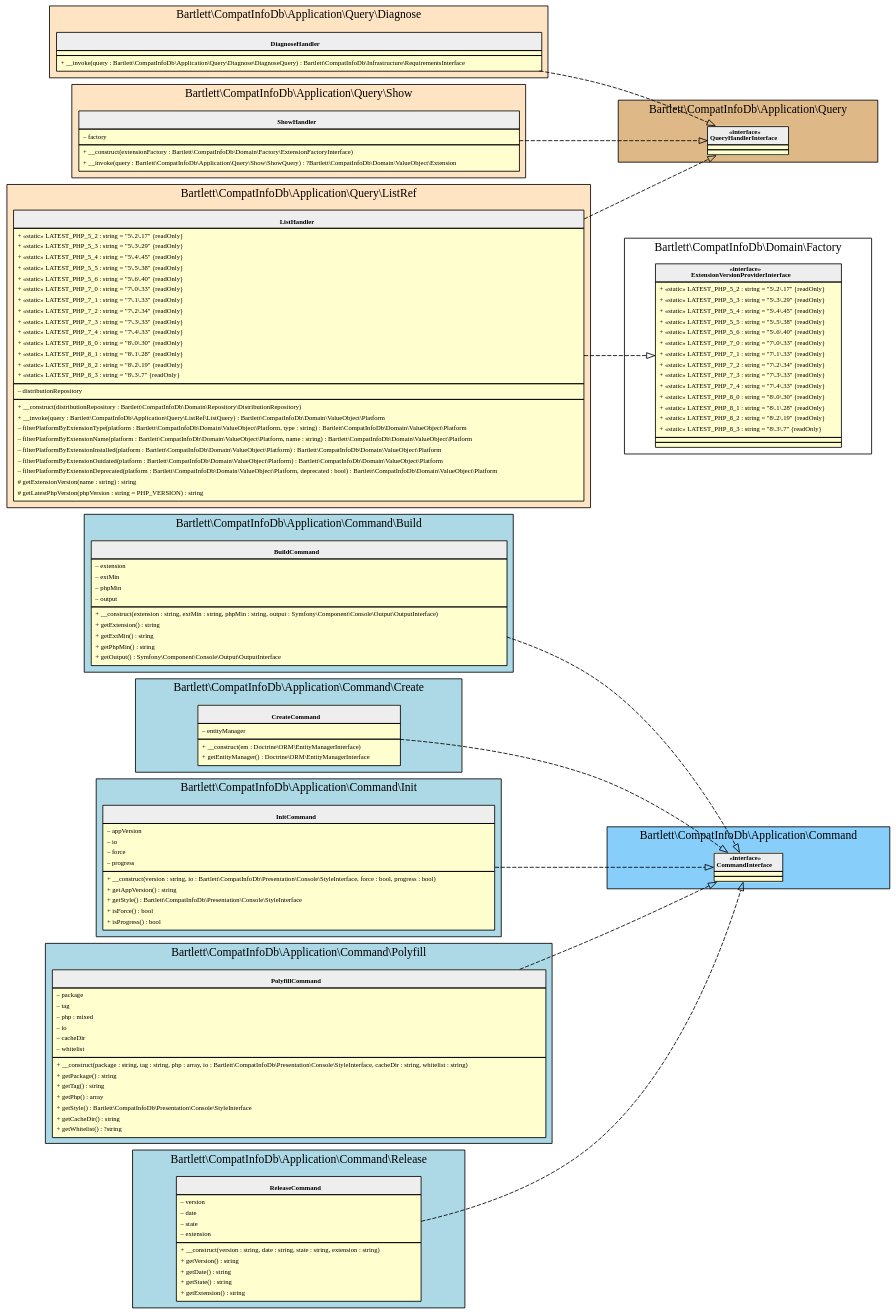
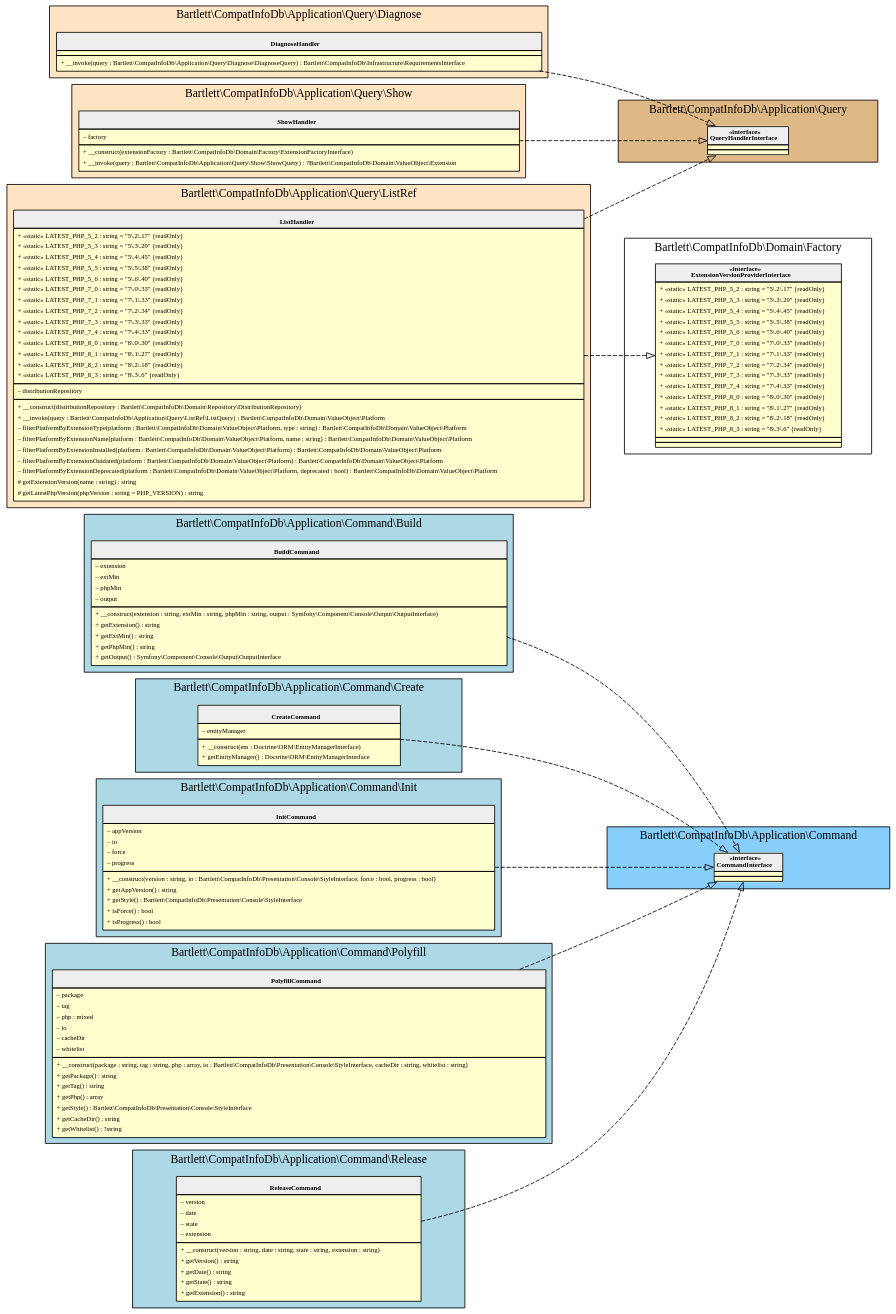
One commit to llaville/php-compatinfo-db changed the diagram in 6.5/assets/images/command-line-runner_application.html.gv. Above: the diagram before and after it, drawn with Graphviz. The commit also changed 4 other files, not shown here.

```diff
--- a/6.5/assets/images/command-line-runner_application.html.gv
+++ b/6.5/assets/images/command-line-runner_application.html.gv
@@ -155,9 +155,9 @@
     <tr><td align="left">+ «static» LATEST_PHP_7_3 : string = "7\.3\.33" {readOnly}</td></tr>
     <tr><td align="left">+ «static» LATEST_PHP_7_4 : string = "7\.4\.33" {readOnly}</td></tr>
     <tr><td align="left">+ «static» LATEST_PHP_8_0 : string = "8\.0\.30" {readOnly}</td></tr>
-    <tr><td align="left">+ «static» LATEST_PHP_8_1 : string = "8\.1\.28" {readOnly}</td></tr>
-    <tr><td align="left">+ «static» LATEST_PHP_8_2 : string = "8\.2\.19" {readOnly}</td></tr>
-    <tr><td align="left">+ «static» LATEST_PHP_8_3 : string = "8\.3\.7" {readOnly}</td></tr>
+    <tr><td align="left">+ «static» LATEST_PHP_8_1 : string = "8\.1\.27" {readOnly}</td></tr>
+    <tr><td align="left">+ «static» LATEST_PHP_8_2 : string = "8\.2\.18" {readOnly}</td></tr>
+    <tr><td align="left">+ «static» LATEST_PHP_8_3 : string = "8\.3\.6" {readOnly}</td></tr>
 </table></td></tr>
     <tr><td><table border="0" cellspacing="0" cellpadding="2">
     <tr><td align="left">– distributionRepository</td></tr>
@@ -192,9 +192,9 @@
     <tr><td align="left">+ «static» LATEST_PHP_7_3 : string = "7\.3\.33" {readOnly}</td></tr>
     <tr><td align="left">+ «static» LATEST_PHP_7_4 : string = "7\.4\.33" {readOnly}</td></tr>
     <tr><td align="left">+ «static» LATEST_PHP_8_0 : string = "8\.0\.30" {readOnly}</td></tr>
-    <tr><td align="left">+ «static» LATEST_PHP_8_1 : string = "8\.1\.28" {readOnly}</td></tr>
-    <tr><td align="left">+ «static» LATEST_PHP_8_2 : string = "8\.2\.19" {readOnly}</td></tr>
-    <tr><td align="left">+ «static» LATEST_PHP_8_3 : string = "8\.3\.7" {readOnly}</td></tr>
+    <tr><td align="left">+ «static» LATEST_PHP_8_1 : string = "8\.1\.27" {readOnly}</td></tr>
+    <tr><td align="left">+ «static» LATEST_PHP_8_2 : string = "8\.2\.18" {readOnly}</td></tr>
+    <tr><td align="left">+ «static» LATEST_PHP_8_3 : string = "8\.3\.6" {readOnly}</td></tr>
 </table></td></tr>
     <tr><td></td></tr>
     <tr><td></td></tr>
```
